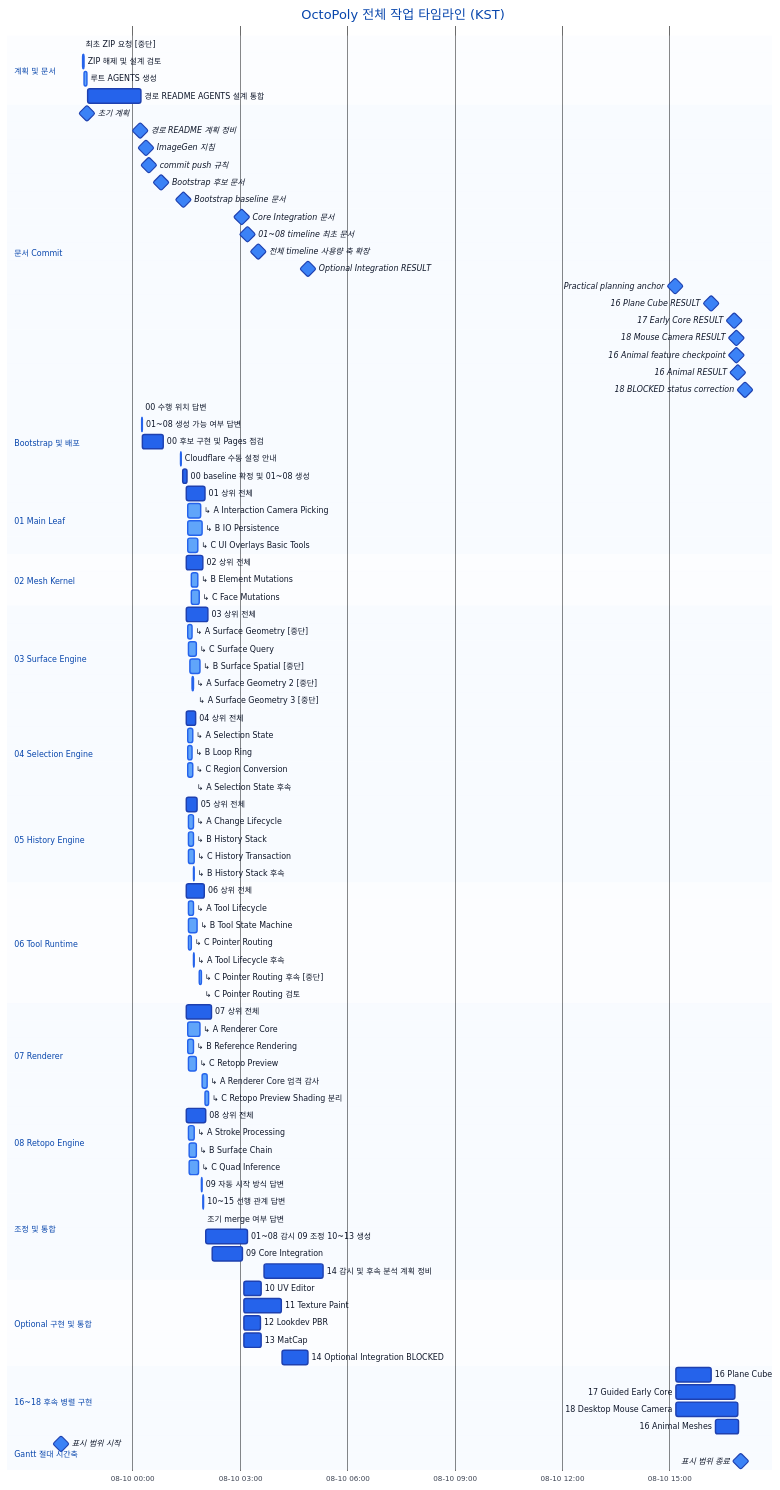
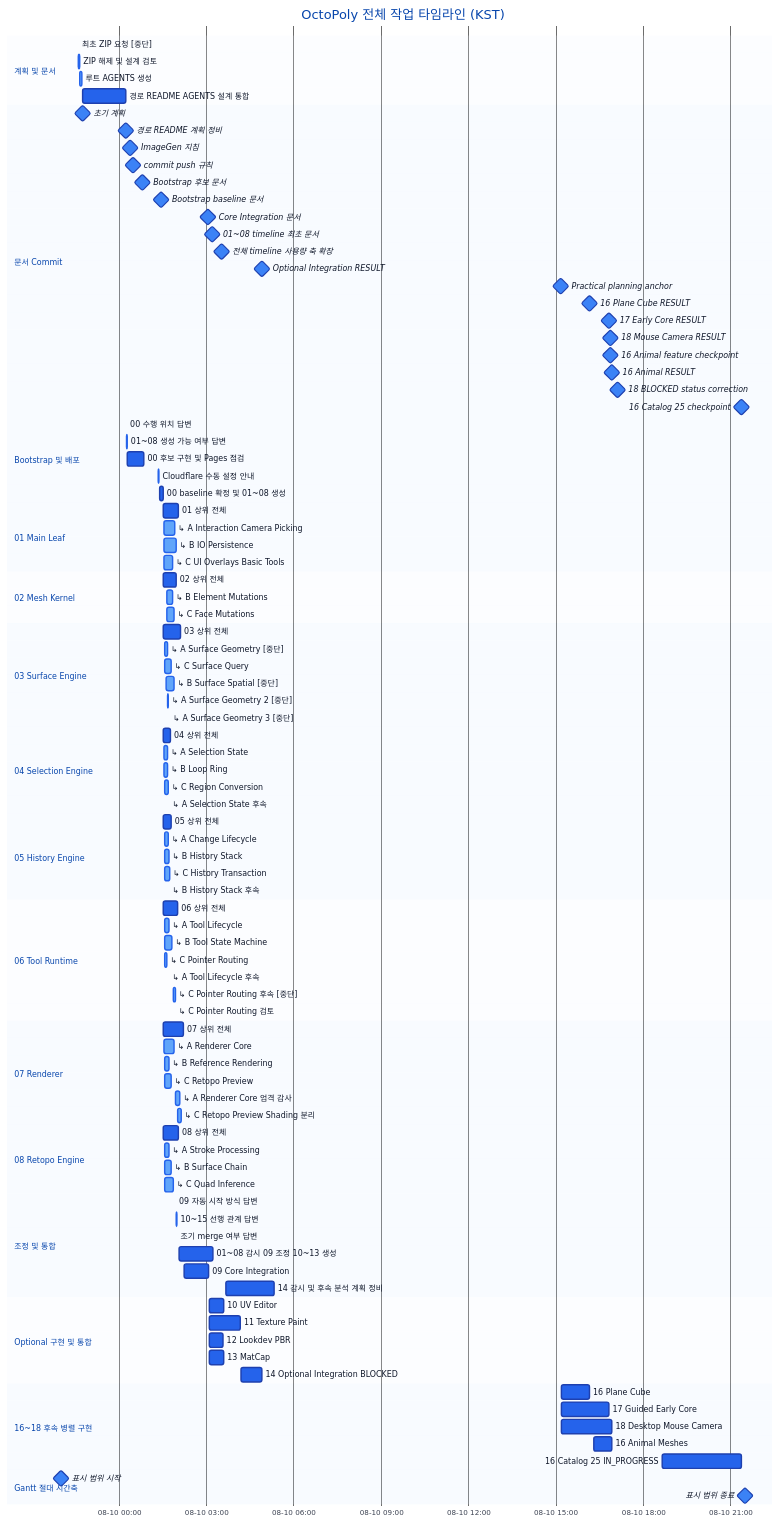
The diagram in docs/workplan/OCTOPOLY_TASK_TIMELINE.md (octopus7/octopoly), drawn with Mermaid before and after one commit. The commit also changed other lines of this file and 1 other file, not shown here.

````diff
--- a/docs/workplan/OCTOPOLY_TASK_TIMELINE.md
+++ b/docs/workplan/OCTOPOLY_TASK_TIMELINE.md
@@ -202,6 +218,7 @@
     16 Animal feature checkpoint        :milestone, m15, 2026-08-10 16:52:52, 0s
     16 Animal RESULT                    :milestone, m16, 2026-08-10 16:54:45, 0s
     18 BLOCKED status correction        :milestone, m17, 2026-08-10 17:06:50, 0s
+    16 Catalog 25 checkpoint            :milestone, m18, 2026-08-10 21:22:47, 0s
 
     section Bootstrap 및 배포
     00 수행 위치 답변                   :done, q01, 2026-08-10 00:14:41, 19s
@@ -286,8 +303,9 @@
     17 Guided Early Core                :crit, f17e, 2026-08-10 15:11:31, 5908s
     18 Desktop Mouse Camera             :crit, f18, 2026-08-10 15:11:31, 6202s
     16 Animal Meshes                    :crit, f16b, 2026-08-10 16:17:43, 2298s
+    16 Catalog 25 IN_PROGRESS           :crit, f16c, 2026-08-10 18:39:38, 9789s
 
     section Gantt 절대 시간축
     표시 범위 시작                     :milestone, rangeStart, 2026-08-09 22:00:00, 0s
-    표시 범위 종료                     :milestone, rangeEnd, 2026-08-10 17:00:00, 0s
+    표시 범위 종료                     :milestone, rangeEnd, 2026-08-10 21:30:00, 0s
 ```
````
